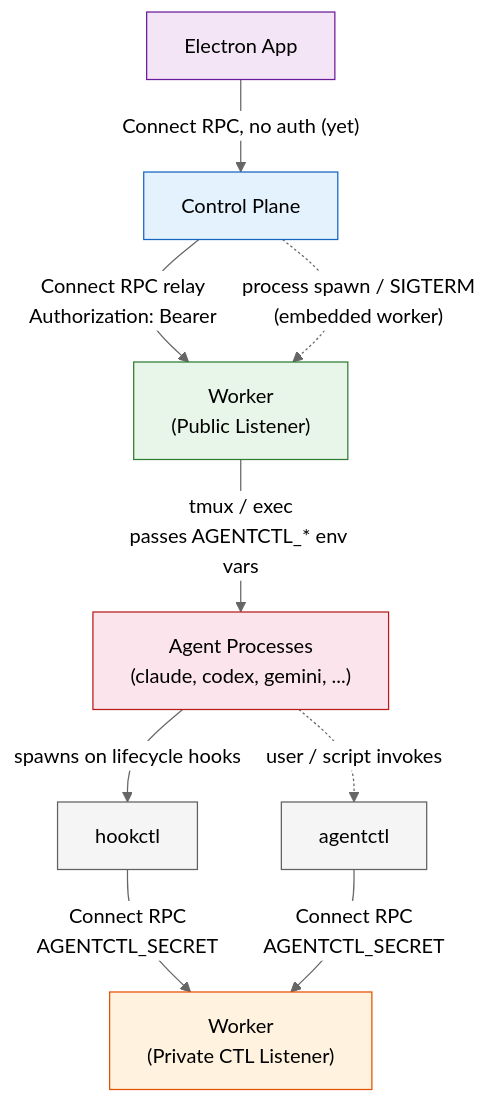
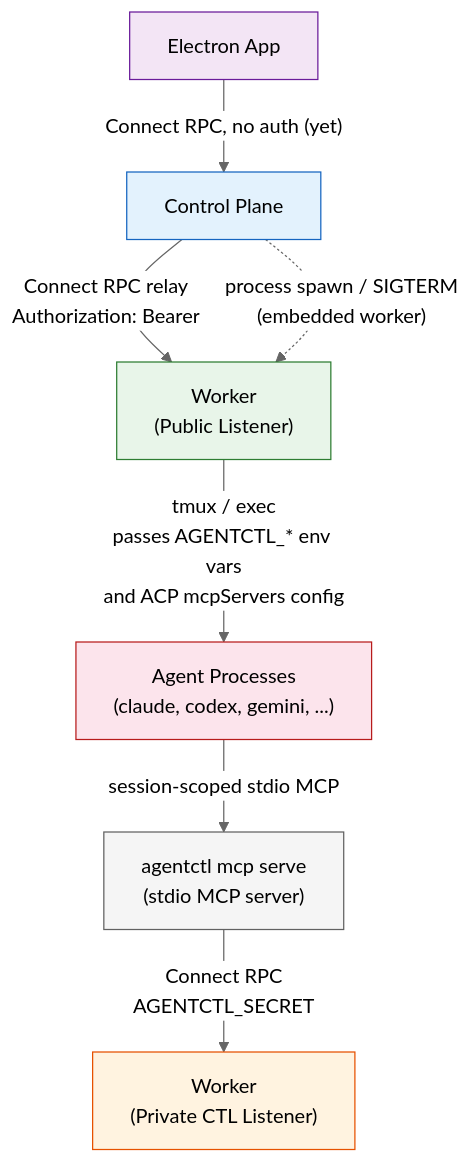
The first of 2 diagrams in docs/architecture.md (sebholstein/flowgentic), drawn with Mermaid (neutral theme) before and after one commit. The commit also changed other lines of this file and 253 other files, not shown here.

````diff
--- a/docs/architecture.md
+++ b/docs/architecture.md
@@ -3,27 +3,23 @@
 ```mermaid
 graph TB
     Electron["Electron App"]
     CP["Control Plane"]
     WorkerPub["Worker<br/>(Public Listener)"]
     WorkerCtl["Worker<br/>(Private CTL Listener)"]
     Agents["Agent Processes<br/>(claude, codex, gemini, ...)"]
-    hookctl["hookctl"]
-    agentctl["agentctl"]
+    agentctl["agentctl mcp serve<br/>(stdio MCP server)"]
 
     Electron -- "Connect RPC, no auth (yet)" --> CP
     CP -- "Connect RPC relay<br/>Authorization: Bearer" --> WorkerPub
     CP -. "process spawn / SIGTERM<br/>(embedded worker)" .-> WorkerPub
-    WorkerPub -- "tmux / exec<br/>passes AGENTCTL_* env vars" --> Agents
-    Agents -- "spawns on lifecycle hooks" --> hookctl
-    Agents -. "user / script invokes" .-> agentctl
-    hookctl -- "Connect RPC<br/>AGENTCTL_SECRET" --> WorkerCtl
+    WorkerPub -- "tmux / exec<br/>passes AGENTCTL_* env vars<br/>and ACP mcpServers config" --> Agents
+    Agents -- "session-scoped stdio MCP" --> agentctl
     agentctl -- "Connect RPC<br/>AGENTCTL_SECRET" --> WorkerCtl
 
     style Electron fill:#f3e5f5,stroke:#6a1b9a
     style CP fill:#e3f2fd,stroke:#1565c0
     style WorkerPub fill:#e8f5e9,stroke:#2e7d32
     style WorkerCtl fill:#fff3e0,stroke:#e65100
     style Agents fill:#fce4ec,stroke:#b71c1c
-    style hookctl fill:#f5f5f5,stroke:#616161
     style agentctl fill:#f5f5f5,stroke:#616161
 ```
````
